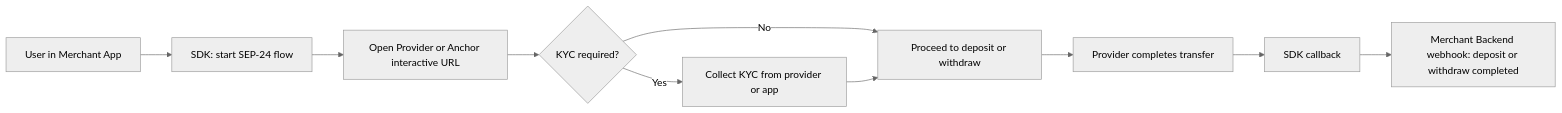
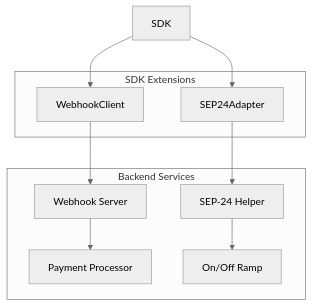
One commit to ZacksonPessoa/USDC-Payments-SDK-for-Stellar-Web-Mobile- changed the fourth of 5 diagrams in docs/architecture.md. Above: the diagram before and after it, drawn with Mermaid (neutral theme). The commit also changed other lines of this file and 14 other files, not shown here.

````diff
--- a/docs/architecture.md
+++ b/docs/architecture.md
@@ -92,13 +484,15 @@
 ```mermaid
-flowchart LR
-    A[User in Merchant App] --> B[SDK: start SEP-24 flow]
-    B --> C[Open Provider or Anchor interactive URL]
-    C --> D{KYC required?}
-    D -->|Yes| E[Collect KYC from provider or app]
-    D -->|No| F[Proceed to deposit or withdraw]
-    E --> F
-    F --> G[Provider completes transfer]
-    G --> H[SDK callback]
-    H --> I[Merchant Backend webhook: deposit or withdraw completed]
-
+graph TB
+    subgraph "Backend Services"
+        A[Webhook Server] --> B[Payment Processor]
+        C[SEP-24 Helper] --> D[On/Off Ramp]
+    end
+    
+    subgraph "SDK Extensions"
+        E[WebhookClient] --> A
+        F[SEP24Adapter] --> C
+    end
+    
+    SDK --> E
+    SDK --> F
 ```
````
